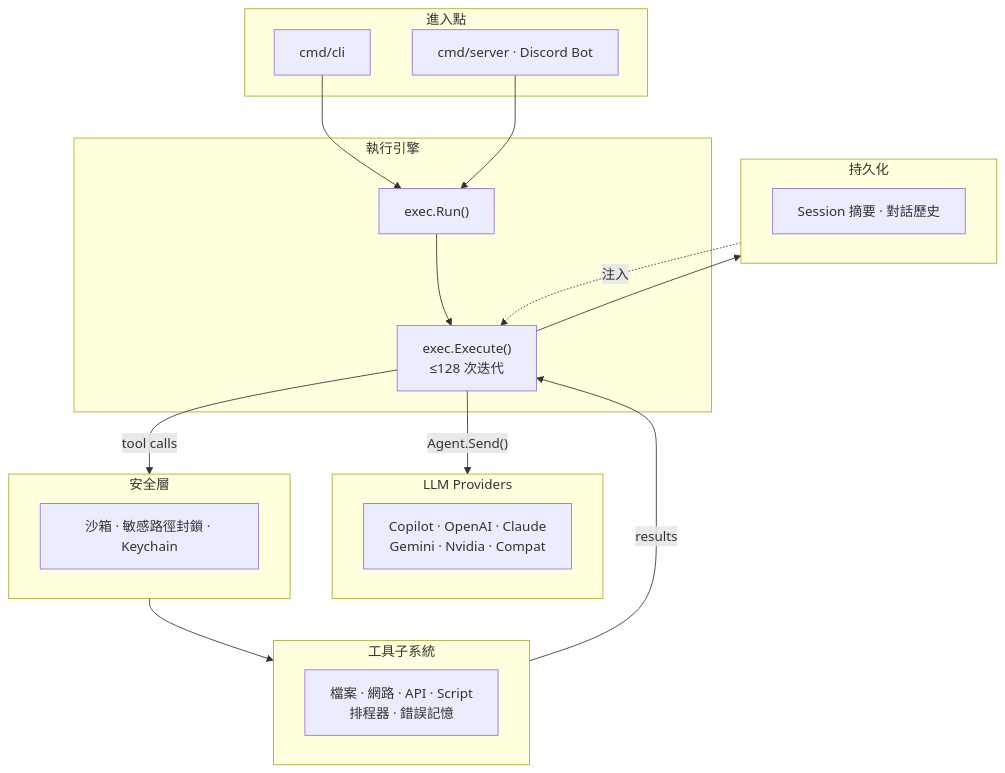
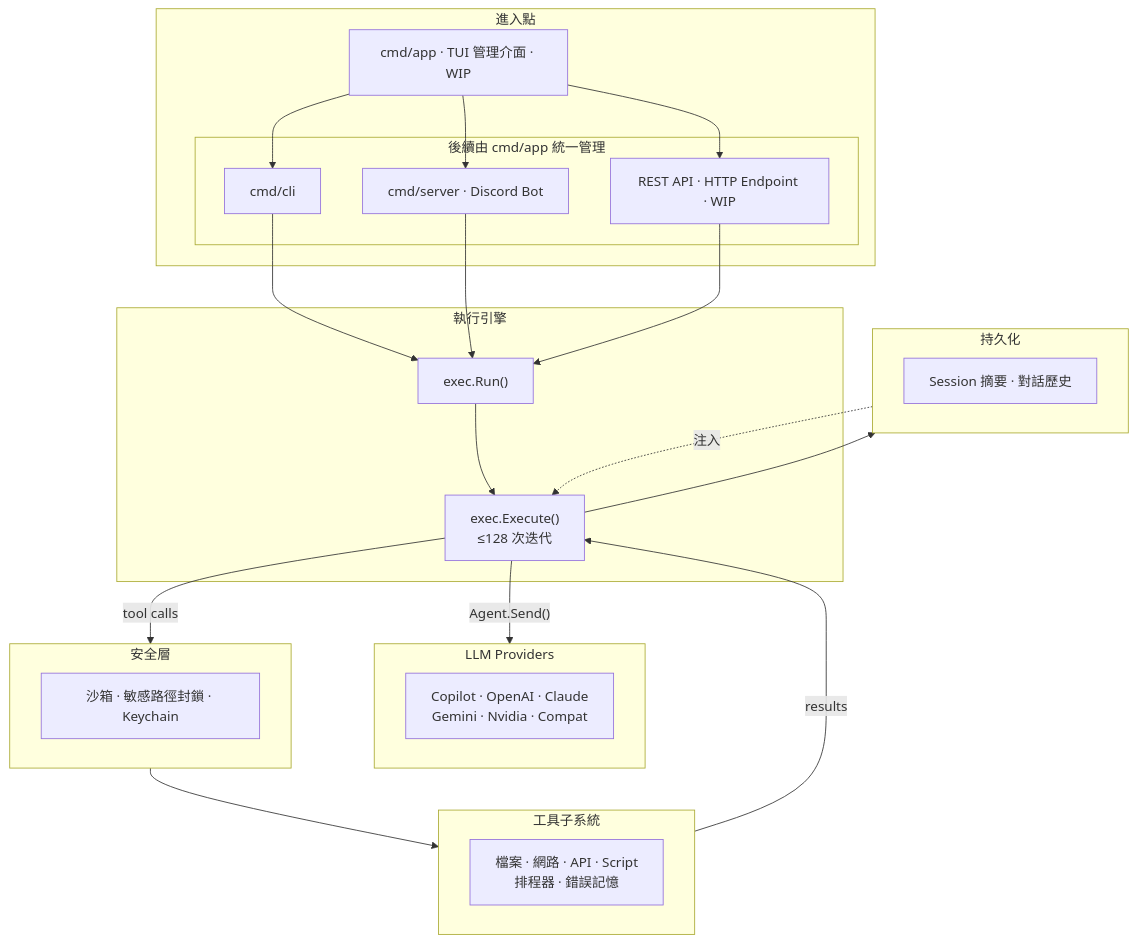
The diagram in doc/README.zh.md (pardnchiu/Agenvoy), drawn with Mermaid before and after one commit. The commit also changed other lines of this file and 2 other files, not shown here.

Commit message:
doc: Restructure README to highlight TUI dashboard, refine feature set and project description

````diff
--- a/doc/README.zh.md
+++ b/doc/README.zh.md
@@ -48,38 +52,46 @@
 ```mermaid
 graph TB
     subgraph Entry ["進入點"]
-        CLI["cmd/cli"]
-        Discord["cmd/server · Discord Bot"]
+        App["cmd/app · TUI 管理介面 · WIP"]
+        subgraph Managed ["後續由 cmd/app 統一管理"]
+            CLI["cmd/cli"]
+            Discord["cmd/server · Discord Bot"]
+            API["REST API · HTTP Endpoint · WIP"]
+        end
     end
 
     subgraph Engine ["執行引擎"]
         Run["exec.Run()"]
         Execute["exec.Execute()\n≤128 次迭代"]
     end
 
     subgraph Providers ["LLM Providers"]
         P["Copilot · OpenAI · Claude\nGemini · Nvidia · Compat"]
     end
 
     subgraph Security ["安全層"]
         S["沙箱 · 敏感路徑封鎖 · Keychain"]
     end
 
     subgraph Tools ["工具子系統"]
         T["檔案 · 網路 · API · Script\n排程器 · 錯誤記憶"]
     end
 
     subgraph Persistence ["持久化"]
         PS["Session 摘要 · 對話歷史"]
     end
 
+    App --> CLI
+    App --> Discord
+    App --> API
     CLI --> Run
     Discord --> Run
+    API --> Run
     Run --> Execute
     Execute -->|"Agent.Send()"| Providers
     Execute -->|"tool calls"| Security
     Security --> Tools
     Tools -->|"results"| Execute
     Execute --> Persistence
     Persistence -.->|"注入"| Execute
 ```
````
